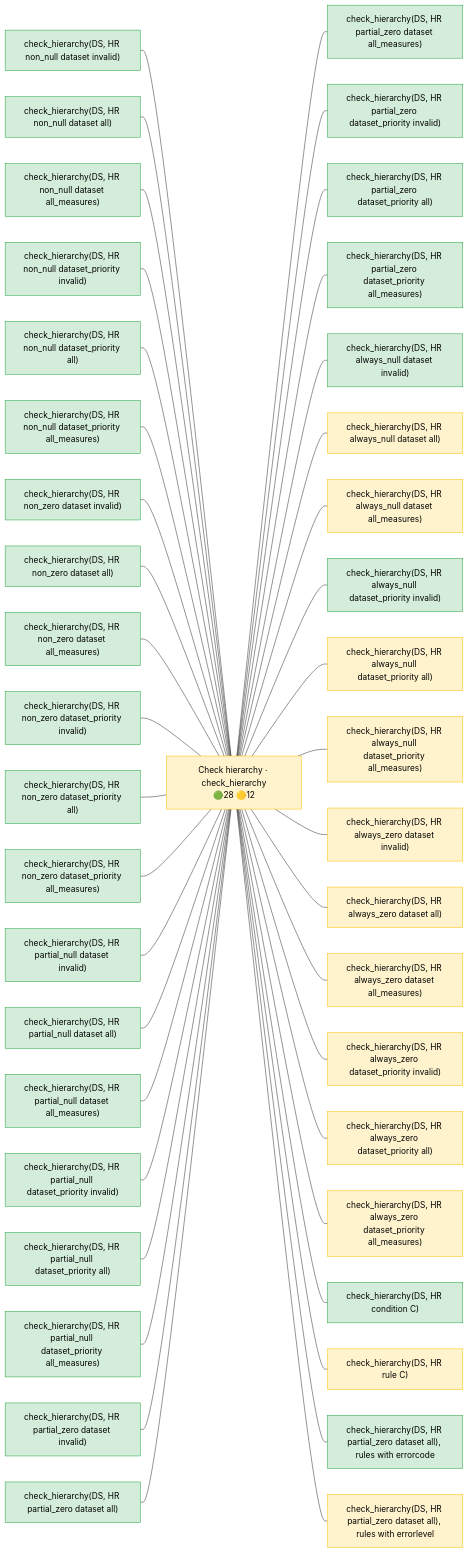
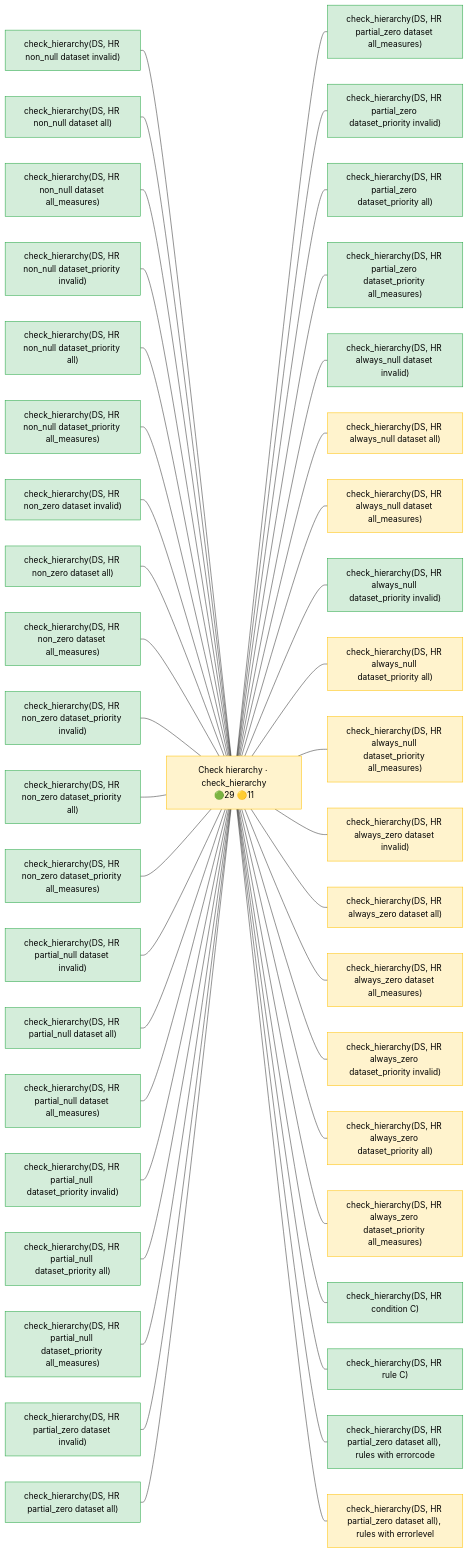
The diagram in docs/operator_map/validation/check_hierarchy.rst (Meaningful-Data/vtlengine), drawn with Mermaid before and after one commit. The commit also changed other lines of this file and 140 other files, not shown here.

```diff
--- a/docs/operator_map/validation/check_hierarchy.rst
+++ b/docs/operator_map/validation/check_hierarchy.rst
@@ -25,7 +25,7 @@
        classDef diverge fill:#cce5ff,stroke:#007bff,color:#000
        classDef block fill:#2b3a4a,stroke:#2b3a4a,color:#fff,font-weight:bold
        classDef ext fill:#fff,stroke:#666,color:#000,stroke-dasharray: 5 5
-       O["Check hierarchy · check_hierarchy<br/>🟢28 🟡12"]:::partial
+       O["Check hierarchy · check_hierarchy<br/>🟢29 🟡11"]:::partial
        v_non_null_dataset_invalid["check_hierarchy(DS, HR non_null dataset invalid)"]:::ok
        v_non_null_dataset_all["check_hierarchy(DS, HR non_null dataset all)"]:::ok
        v_non_null_dataset_all_measures["check_hierarchy(DS, HR non_null dataset all_measures)"]:::ok
@@ -63,7 +63,7 @@
        v_always_zero_dataset_priority_all["check_hierarchy(DS, HR always_zero dataset_priority all)"]:::partial
        v_always_zero_dataset_priority_all_measures["check_hierarchy(DS, HR always_zero dataset_priority all_measures)"]:::partial
        v_condition["check_hierarchy(DS, HR condition C)"]:::ok
-       v_rule["check_hierarchy(DS, HR rule C)"]:::partial
+       v_rule["check_hierarchy(DS, HR rule C)"]:::ok
        v_errorcode["check_hierarchy(DS, HR partial_zero dataset all), rules with errorcode"]:::ok
        v_errorlevel["check_hierarchy(DS, HR partial_zero dataset all), rules with errorlevel"]:::partial
        v_non_null_dataset_invalid --- O
```
